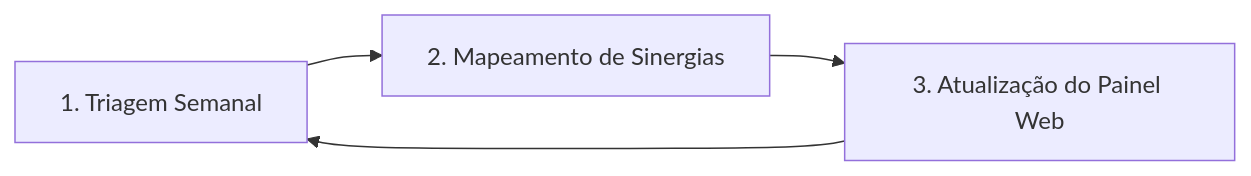
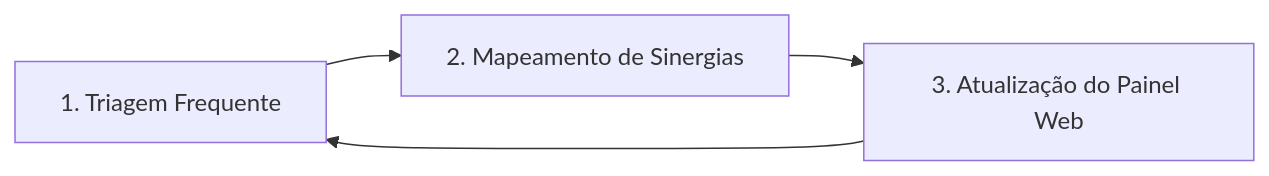
The diagram in docs/04_ENTREGA_ACOMPANHAMENTO/PASSO_04_Entrega.md (takwaratec/Mentoria_Comunidades_RaioX), drawn with Mermaid before and after one commit. The commit also changed other lines of this file and 5 other files, not shown here.

````diff
--- a/docs/04_ENTREGA_ACOMPANHAMENTO/PASSO_04_Entrega.md
+++ b/docs/04_ENTREGA_ACOMPANHAMENTO/PASSO_04_Entrega.md
@@ -11,6 +11,6 @@
 ```mermaid
 graph LR
-    A[1. Triagem Semanal] --> B[2. Mapeamento de Sinergias]
+    A[1. Triagem Frequente] --> B[2. Mapeamento de Sinergias]
     B --> C[3. Atualização do Painel Web]
     C --> A
 ```
````
